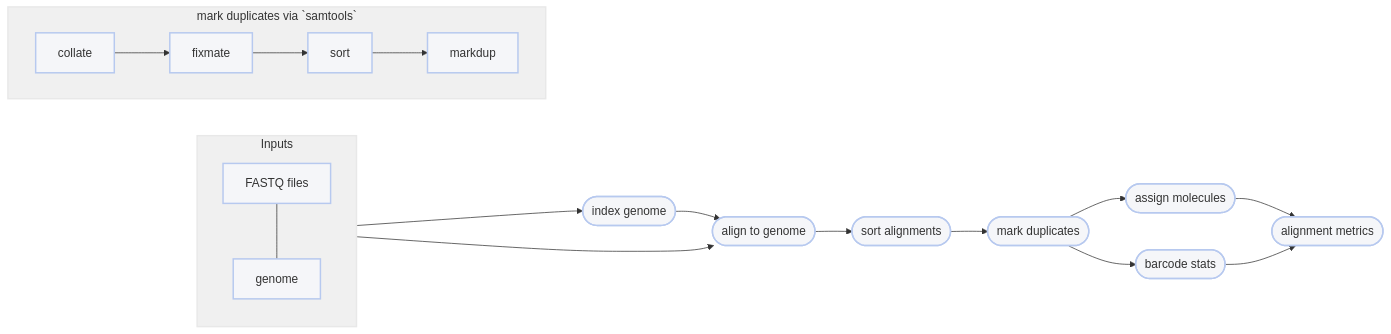
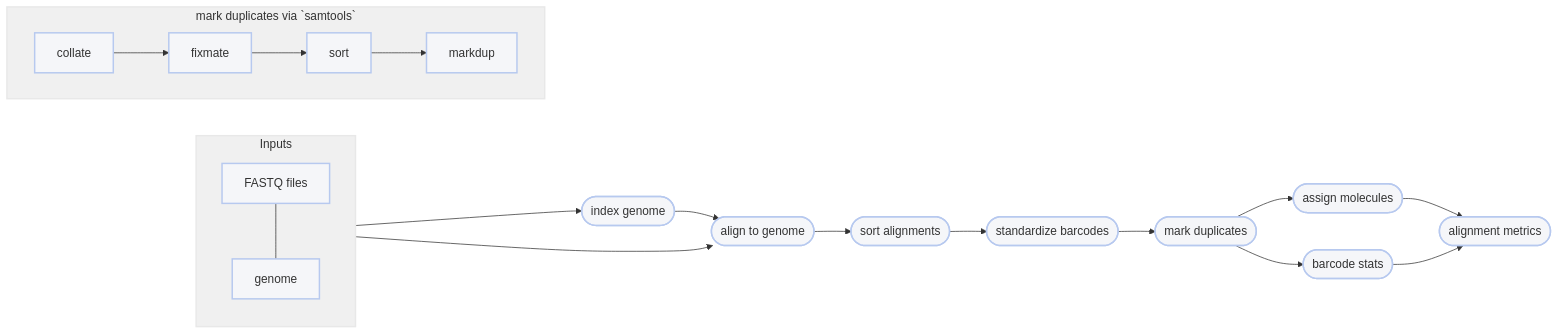
Before and after one commit to pdimens/harpy: the diagram in Workflows/Align/bwa.md, drawn with Mermaid. The commit also changed other lines of this file and 23 other files, not shown here.

````diff
--- a/Workflows/Align/bwa.md
+++ b/Workflows/Align/bwa.md
@@ -98,24 +103,25 @@
 ```mermaid
 graph LR
     A([index genome]):::clean --> B([align to genome]):::clean
     B-->C([sort alignments]):::clean
-    C-->D([mark duplicates]):::clean
+    C-->XX([standardize barcodes]):::clean
+    XX-->D([mark duplicates]):::clean
     D-->E([assign molecules]):::clean
     E-->F([alignment metrics]):::clean
     D-->G([barcode stats]):::clean
     G-->F
     subgraph aln [Inputs]
         Z[FASTQ files]:::clean---genome:::clean
     end
     aln-->B & A
     subgraph markdp [mark duplicates via `samtools`]
         direction LR
         collate:::clean-->fixmate:::clean
         fixmate-->sort:::clean
         sort-->markdup:::clean
     end
     style markdp fill:#f0f0f0,stroke:#e8e8e8,stroke-width:2px
     style aln fill:#f0f0f0,stroke:#e8e8e8,stroke-width:2px
     classDef clean fill:#f5f6f9,stroke:#b7c9ef,stroke-width:2px
 
 ```
````
